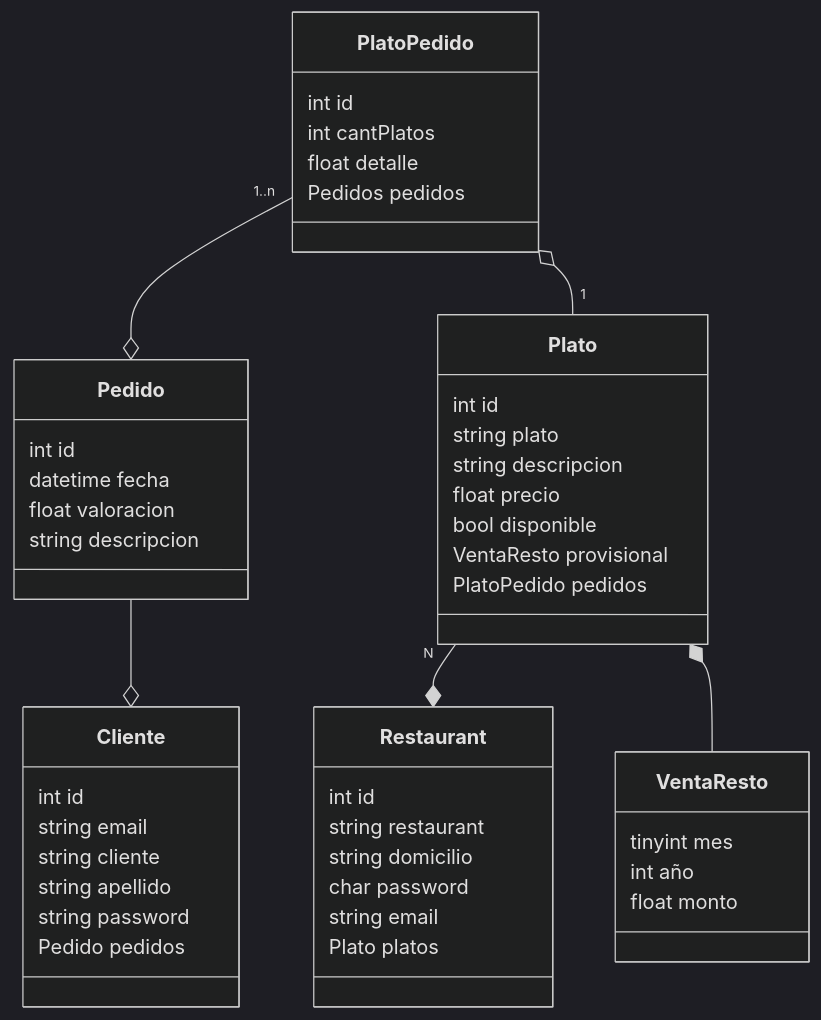
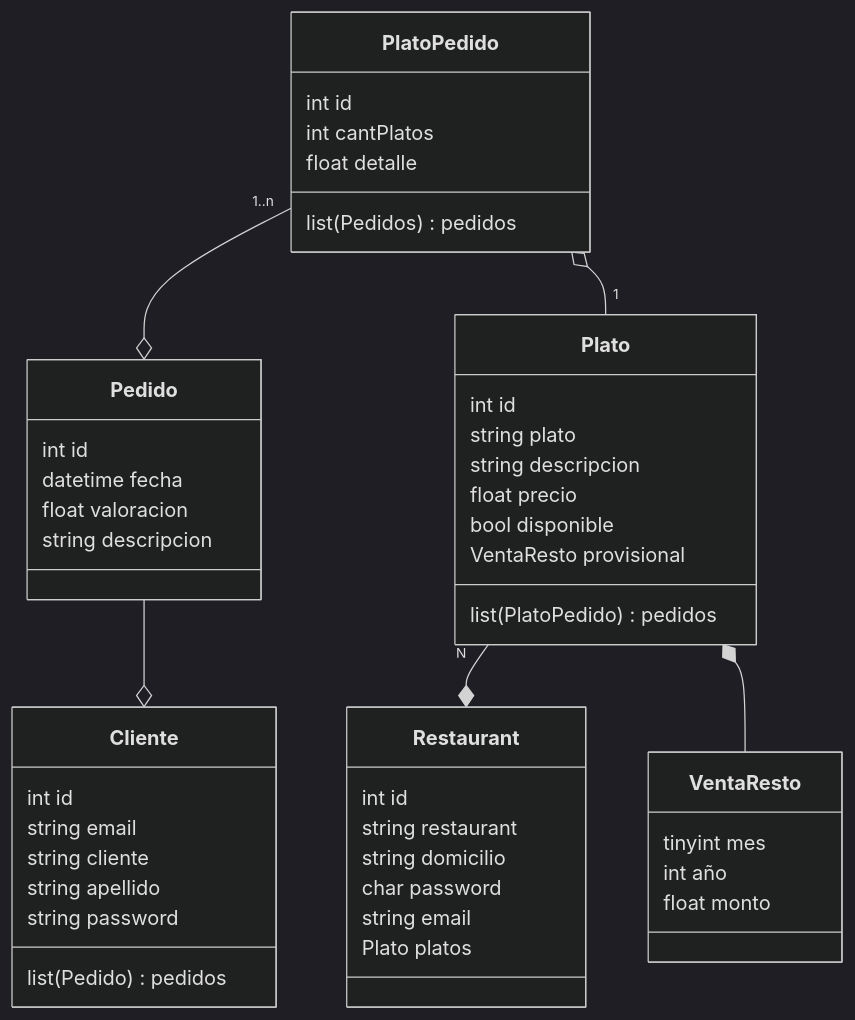
The diagram in doc_C#/README.Md (FranciscoBHF/Rapi_app), drawn with Mermaid (dark theme) before and after one commit.

````diff
--- a/doc_C#/README.Md
+++ b/doc_C#/README.Md
@@ -1,50 +1,50 @@
 ```mermaid
 classDiagram
     class Restaurant {
         int id
         string restaurant
         string domicilio
         char password
         string email 
         Plato platos
     }
     class Plato{
         int id
         string plato
         string descripcion
         float precio
         bool disponible
         VentaResto provisional
-        PlatoPedido pedidos
+        list(PlatoPedido) pedidos
     }
     class Cliente{
         int id
         string email
         string cliente
         string apellido
         string password
-        Pedido pedidos
+        list(Pedido) pedidos
     }
     class Pedido{
         int id
         datetime fecha
         float valoracion
         string descripcion
     }
     class PlatoPedido{
         int id
         int cantPlatos
         float detalle
-        Pedidos pedidos
+        list(Pedidos) pedidos
     }
     class VentaResto{
         tinyint mes
         int año
         float monto
     }
     Pedido --o Cliente
     PlatoPedido "1..n" --o Pedido 
     PlatoPedido o-- "1" Plato
     Plato "N" --* Restaurant
     Plato *-- VentaResto
 ```
````
